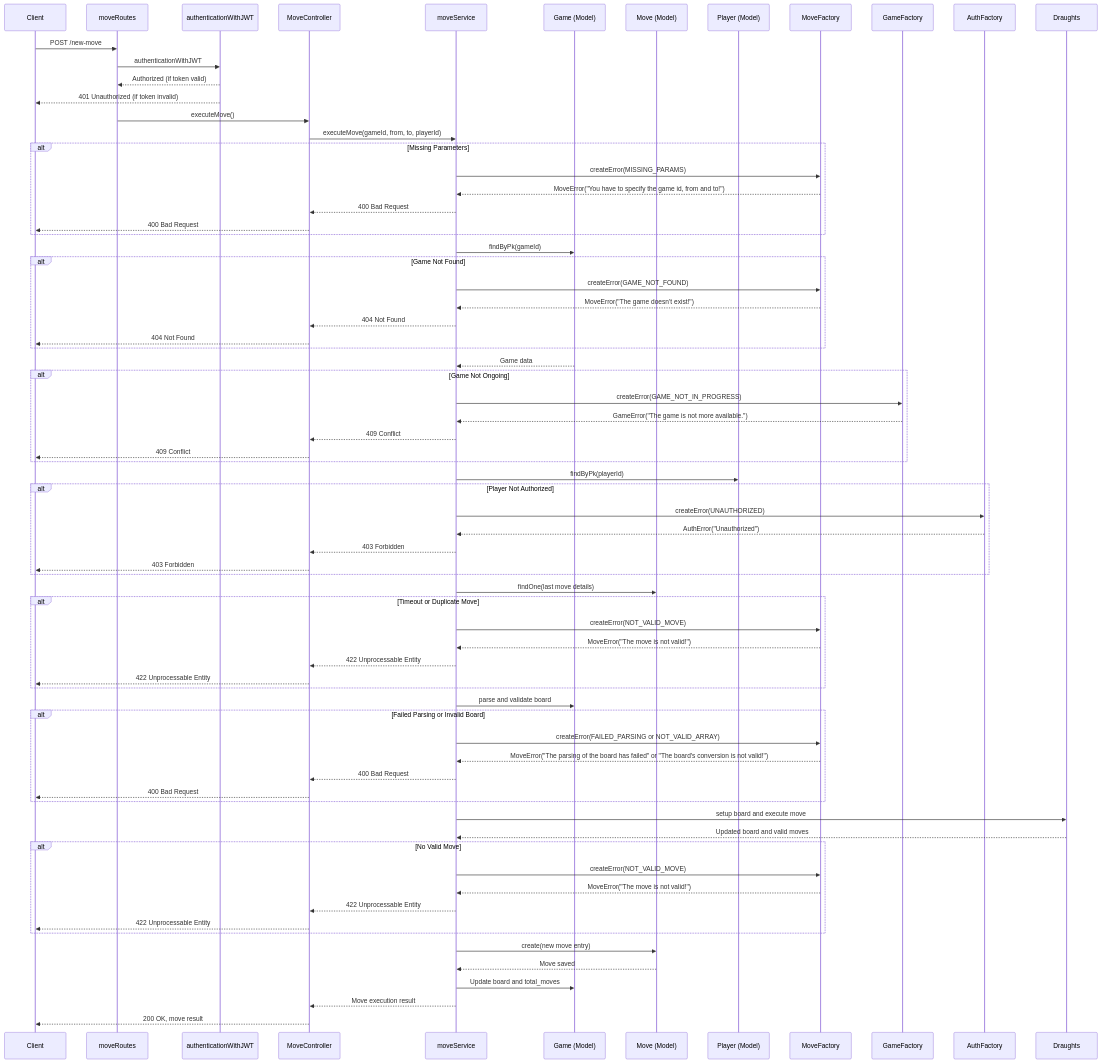
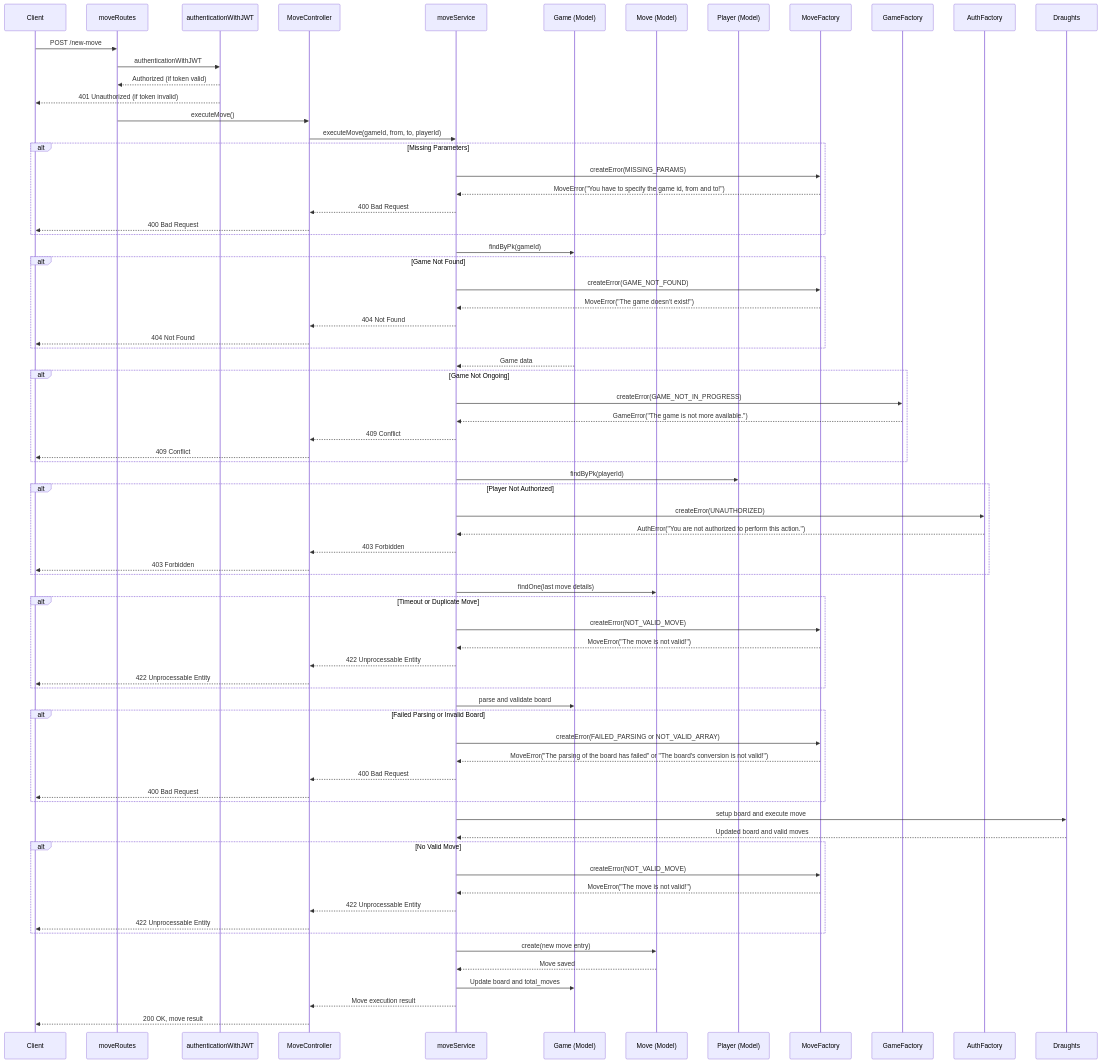
The fourth of 12 diagrams in README.md (AndreaMarini01/progetto_PA), drawn with Mermaid before and after one commit. The commit also changed other lines of this file, not shown here.

```diff
--- a/README.md
+++ b/README.md
@@ -337,7 +340,7 @@
     MoveService->>Player: findByPk(playerId)
     alt Player Not Authorized
         MoveService->>AuthFactory: createError(UNAUTHORIZED)
-        AuthFactory-->>MoveService: AuthError("Unauthorized")
+        AuthFactory-->>MoveService: AuthError("You are not authorized to perform this action.")
         MoveService-->>MoveController: 403 Forbidden
         MoveController-->>Client: 403 Forbidden
     end
```
